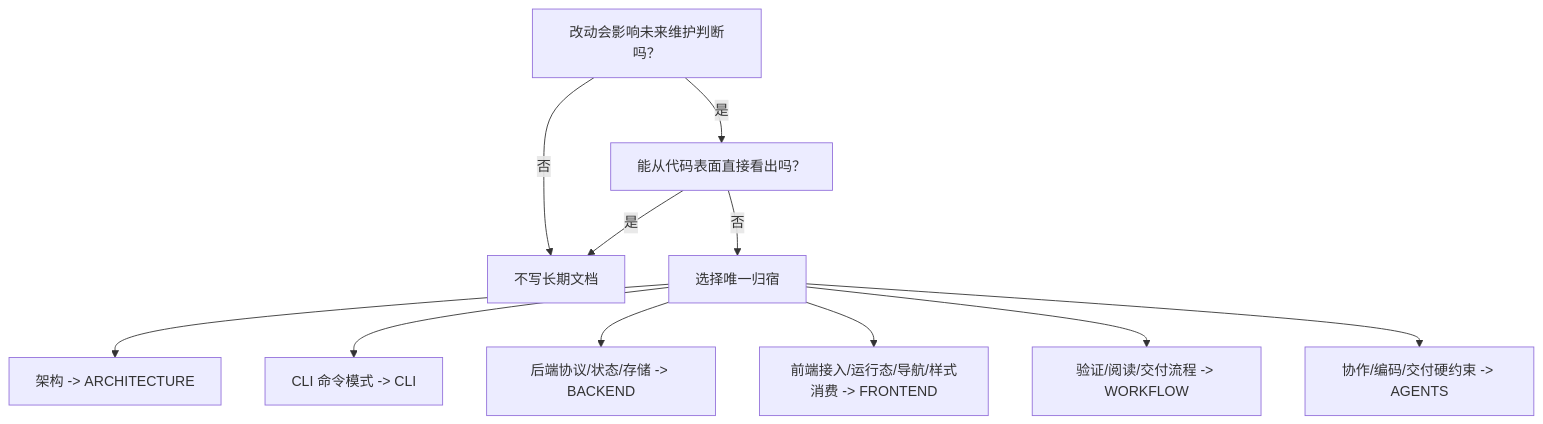
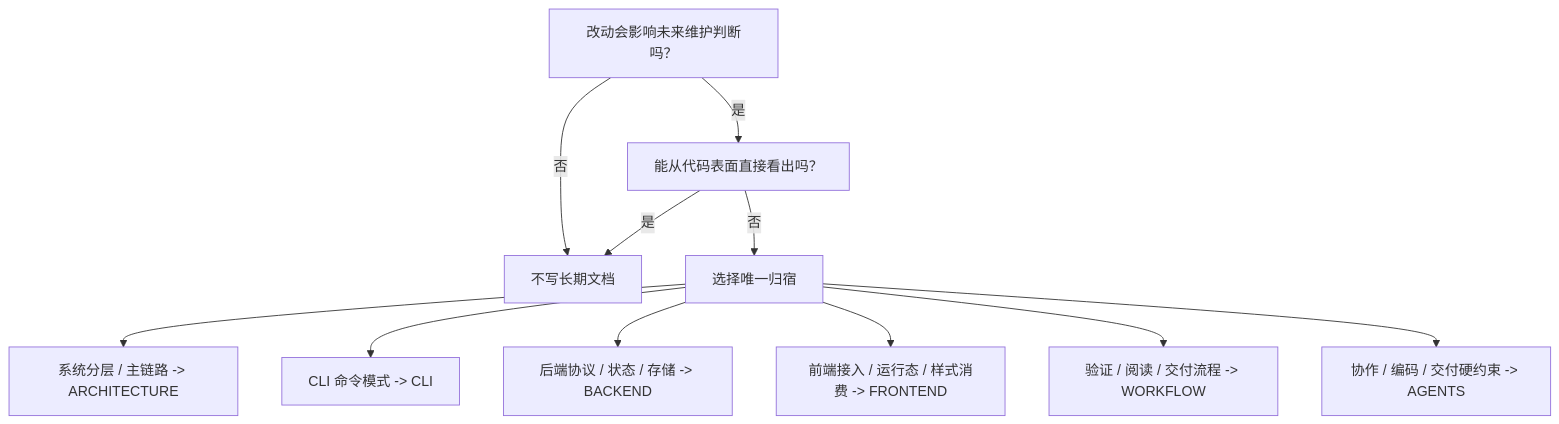
Before and after one commit to neavo/LinguaGacha: the diagram in docs/WORKFLOW.md, drawn with Mermaid. The commit also changed other lines of this file and 4 other files, not shown here.

````diff
--- a/docs/WORKFLOW.md
+++ b/docs/WORKFLOW.md
@@ -45,13 +46,13 @@
 ```mermaid
 flowchart TD
   A["改动会影响未来维护判断吗？"] -->|否| B["不写长期文档"]
   A -->|是| C["能从代码表面直接看出吗？"]
   C -->|是| B
   C -->|否| D["选择唯一归宿"]
-  D --> E["架构 -> ARCHITECTURE"]
+  D --> E["系统分层 / 主链路 -> ARCHITECTURE"]
   D --> F["CLI 命令模式 -> CLI"]
-  D --> G["后端协议/状态/存储 -> BACKEND"]
-  D --> H["前端接入/运行态/导航/样式消费 -> FRONTEND"]
-  D --> I["验证/阅读/交付流程 -> WORKFLOW"]
-  D --> J["协作/编码/交付硬约束 -> AGENTS"]
+  D --> G["后端协议 / 状态 / 存储 -> BACKEND"]
+  D --> H["前端接入 / 运行态 / 样式消费 -> FRONTEND"]
+  D --> I["验证 / 阅读 / 交付流程 -> WORKFLOW"]
+  D --> J["协作 / 编码 / 交付硬约束 -> AGENTS"]
 ```
````
